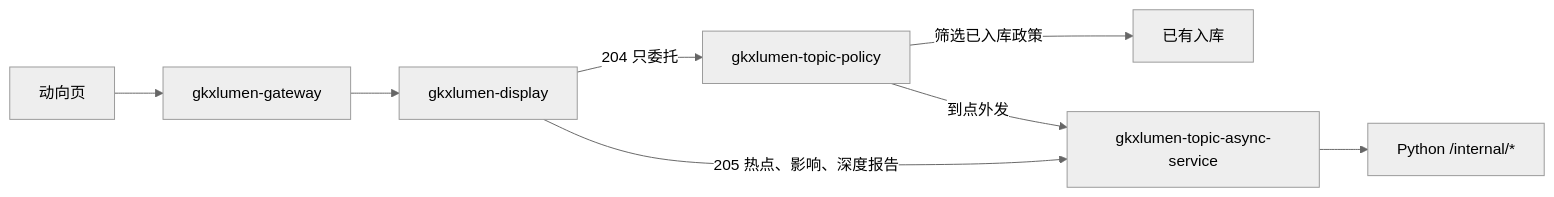
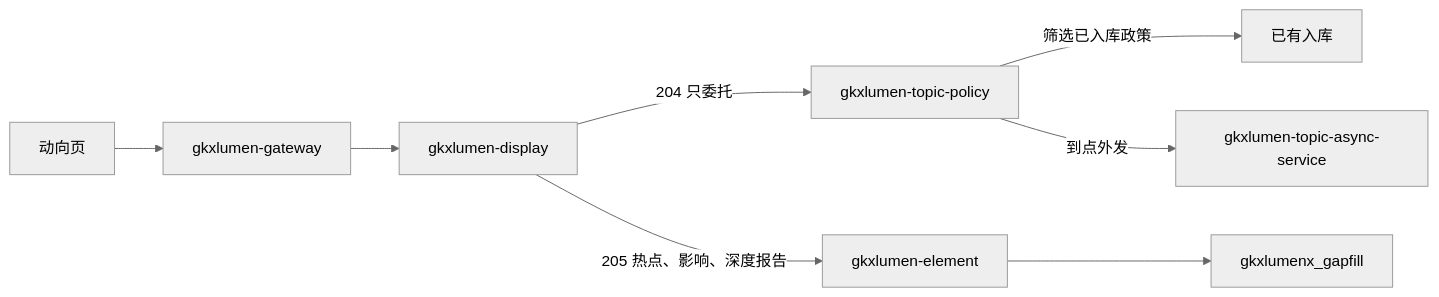
The second of 2 diagrams in agent-delivery/agent-handoffs/科技政策跟踪-POL/sdd/l2/POL-L2-DS10-TREND-ARCH.md (Marisolebxf/-), drawn with Mermaid (neutral theme) before and after one commit. The commit also changed other lines of this file and 3 other files, not shown here.

First line of the commit message:
docs(policy): 签收只认读表实现 [agent:architect-agent]

````diff
--- a/agent-delivery/agent-handoffs/科技政策跟踪-POL/sdd/l2/POL-L2-DS10-TREND-ARCH.md
+++ b/agent-delivery/agent-handoffs/科技政策跟踪-POL/sdd/l2/POL-L2-DS10-TREND-ARCH.md
@@ -177,15 +184,15 @@
 ```mermaid
 flowchart LR
   fe["动向页"]
   gw["gkxlumen-gateway"]
   bff["gkxlumen-display"]
   tp["gkxlumen-topic-policy"]
   ads["已有入库"]
   async["gkxlumen-topic-async-service"]
-  py["Python /internal/*"]
   fe --> gw --> bff
   bff -->|"204 只委托"| tp
   tp -->|"筛选已入库政策"| ads
   tp -->|"到点外发"| async
-  bff -->|"205 热点、影响、深度报告"| async --> py
+  gap["gkxlumenx_gapfill"]
+  bff -->|"205 热点、影响、深度报告"| el2["gkxlumen-element"] --> gap
 ```
````
